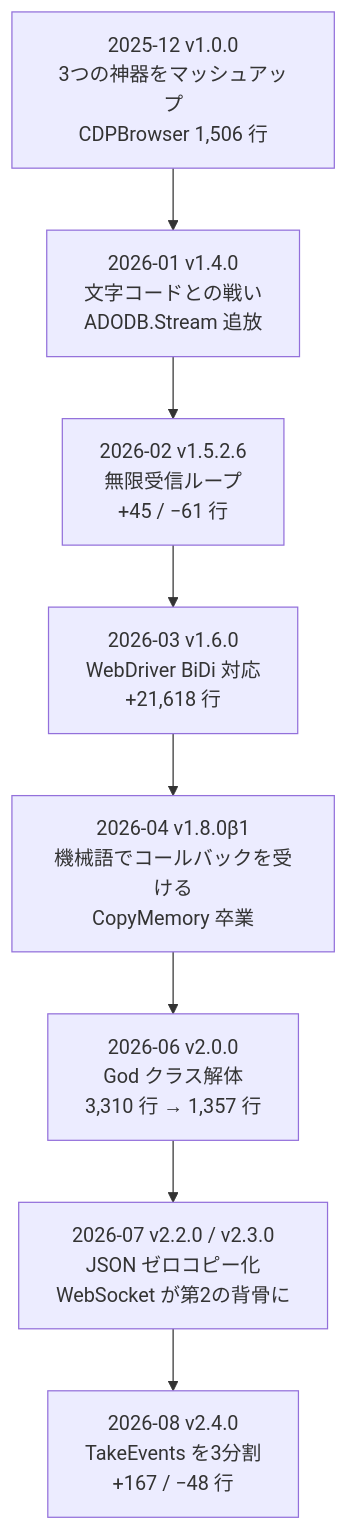
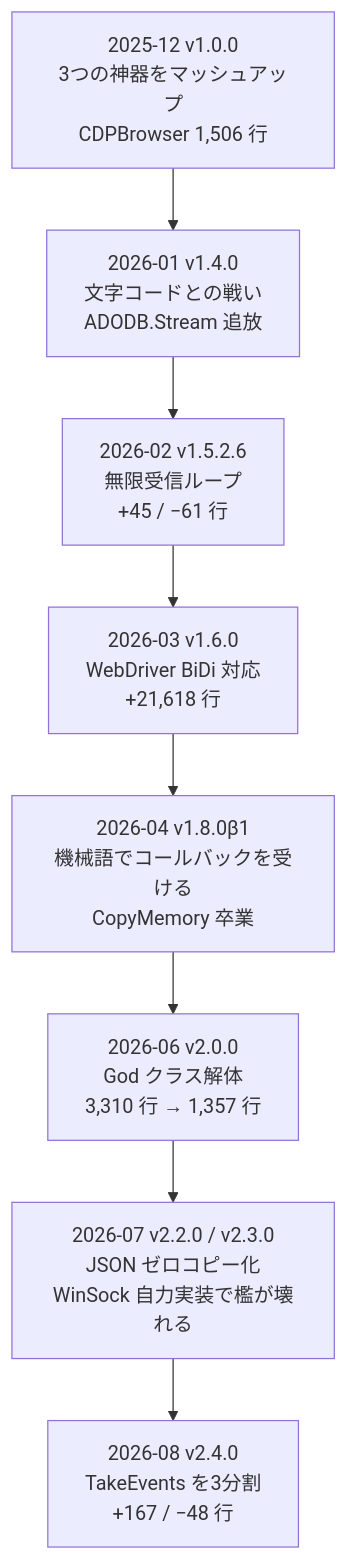
The diagram in docs/stories/birth-story.md (Eschamali/StarterWebScrapingKit), drawn with Mermaid before and after one commit. The commit also changed other lines of this file and 1 other file, not shown here.

````diff
--- a/docs/stories/birth-story.md
+++ b/docs/stories/birth-story.md
@@ -494,12 +628,12 @@
 ```mermaid
 flowchart TB
   a["2025-12 v1.0.0<br/>3つの神器をマッシュアップ<br/>CDPBrowser 1,506 行"]
   b["2026-01 v1.4.0<br/>文字コードとの戦い<br/>ADODB.Stream 追放"]
   c["2026-02 v1.5.2.6<br/>無限受信ループ<br/>+45 / −61 行"]
   d["2026-03 v1.6.0<br/>WebDriver BiDi 対応<br/>+21,618 行"]
   e["2026-04 v1.8.0β1<br/>機械語でコールバックを受ける<br/>CopyMemory 卒業"]
   f["2026-06 v2.0.0<br/>God クラス解体<br/>3,310 行 → 1,357 行"]
-  g["2026-07 v2.2.0 / v2.3.0<br/>JSON ゼロコピー化<br/>WebSocket が第2の背骨に"]
+  g["2026-07 v2.2.0 / v2.3.0<br/>JSON ゼロコピー化<br/>WinSock 自力実装で檻が壊れる"]
   h["2026-08 v2.4.0<br/>TakeEvents を3分割<br/>+167 / −48 行"]
   a --> b --> c --> d --> e --> f --> g --> h
 ```
````
